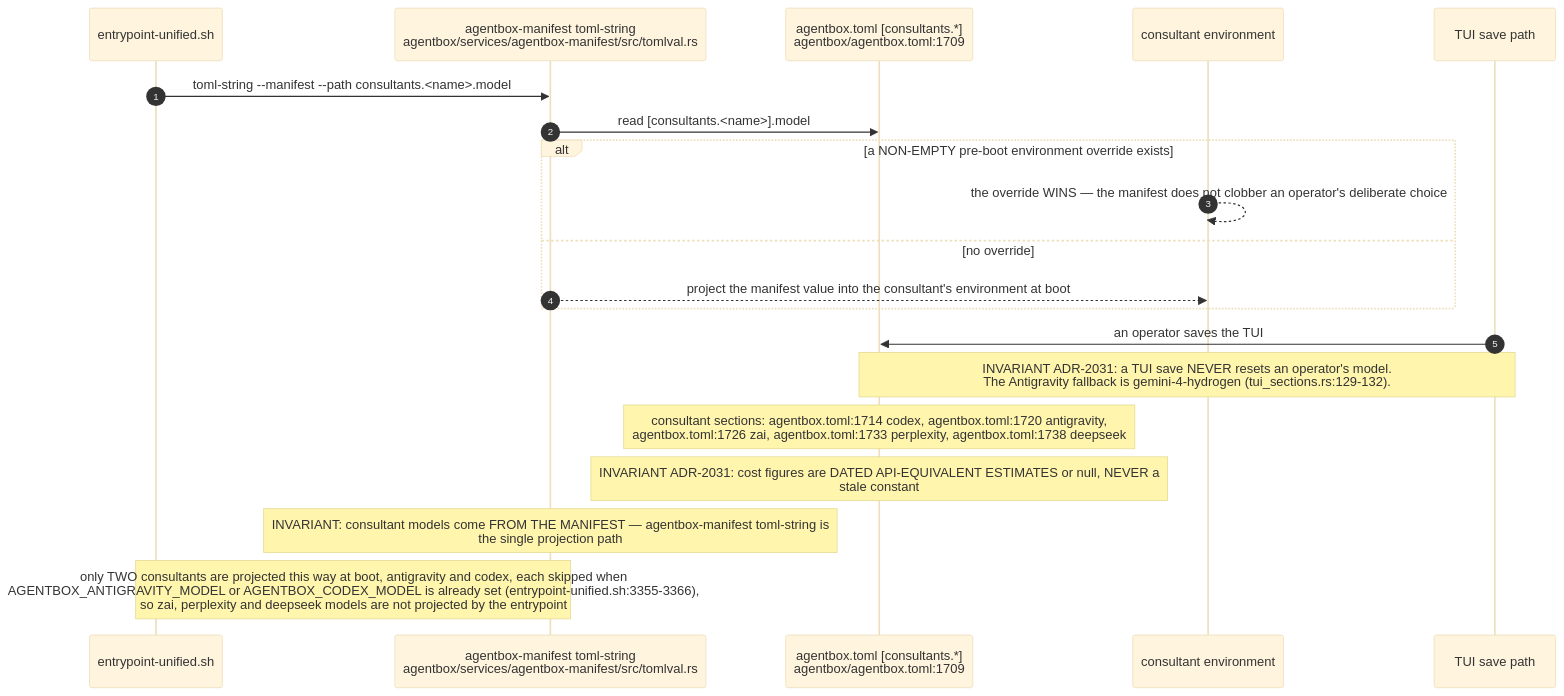
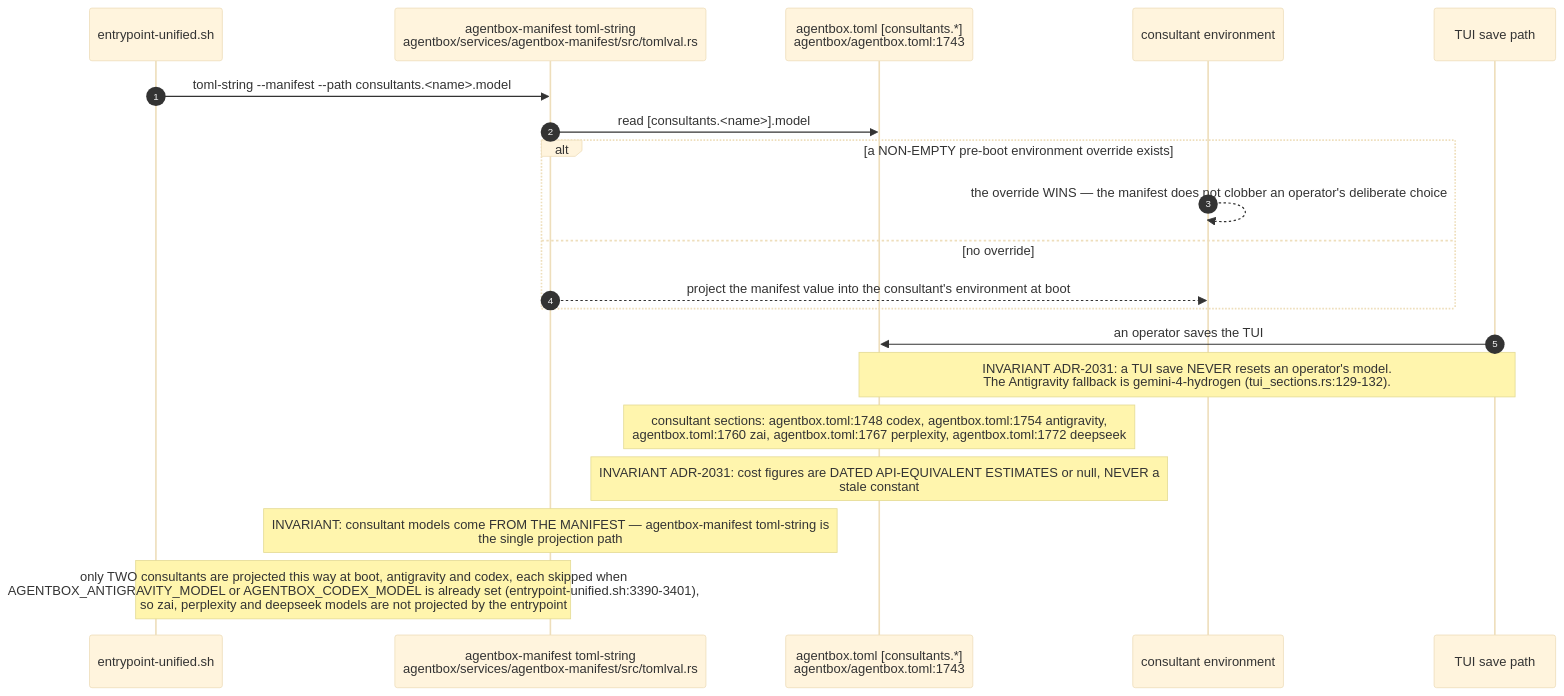
One commit to DreamLab-AI/VisionFlow changed the third of 10 diagrams in docs/diagrams/agentbox/28-agentbox-services-and-manifest-binary.md. Above: the diagram before and after it, drawn with Mermaid (base theme). The commit also changed other lines of this file and 7 other files, not shown here.

````diff
--- a/docs/diagrams/agentbox/28-agentbox-services-and-manifest-binary.md
+++ b/docs/diagrams/agentbox/28-agentbox-services-and-manifest-binary.md
@@ -195,23 +197,23 @@
 ```mermaid
 sequenceDiagram
     autonumber
     participant EP as entrypoint-unified.sh
     participant BIN as agentbox-manifest toml-string<br/>agentbox/services/agentbox-manifest/src/tomlval.rs
-    participant TOML as agentbox.toml [consultants.*]<br/>agentbox/agentbox.toml:1709
+    participant TOML as agentbox.toml [consultants.*]<br/>agentbox/agentbox.toml:1743
     participant ENV as consultant environment
     participant TUI as TUI save path
 
     EP->>BIN: toml-string --manifest --path consultants.<name>.model
     BIN->>TOML: read [consultants.<name>].model
     alt a NON-EMPTY pre-boot environment override exists
         ENV-->>ENV: the override WINS — the manifest does not clobber an operator's deliberate choice
     else no override
         BIN-->>ENV: project the manifest value into the consultant's environment at boot
     end
     TUI->>TOML: an operator saves the TUI
     Note over TUI,TOML: INVARIANT ADR-2031: a TUI save NEVER resets an operator's model.<br/>The Antigravity fallback is gemini-4-hydrogen (tui_sections.rs:129-132).
-    Note over TOML: consultant sections: agentbox.toml:1714 codex, agentbox.toml:1720 antigravity,<br/>agentbox.toml:1726 zai, agentbox.toml:1733 perplexity, agentbox.toml:1738 deepseek
+    Note over TOML: consultant sections: agentbox.toml:1748 codex, agentbox.toml:1754 antigravity,<br/>agentbox.toml:1760 zai, agentbox.toml:1767 perplexity, agentbox.toml:1772 deepseek
     Note over TOML: INVARIANT ADR-2031: cost figures are DATED API-EQUIVALENT ESTIMATES or null, NEVER a<br/>stale constant
     Note over BIN: INVARIANT: consultant models come FROM THE MANIFEST — agentbox-manifest toml-string is<br/>the single projection path
-    Note over EP,BIN: only TWO consultants are projected this way at boot, antigravity and codex, each skipped when<br/>AGENTBOX_ANTIGRAVITY_MODEL or AGENTBOX_CODEX_MODEL is already set (entrypoint-unified.sh:3355-3366),<br/>so zai, perplexity and deepseek models are not projected by the entrypoint
+    Note over EP,BIN: only TWO consultants are projected this way at boot, antigravity and codex, each skipped when<br/>AGENTBOX_ANTIGRAVITY_MODEL or AGENTBOX_CODEX_MODEL is already set (entrypoint-unified.sh:3390-3401),<br/>so zai, perplexity and deepseek models are not projected by the entrypoint
 ```
````
